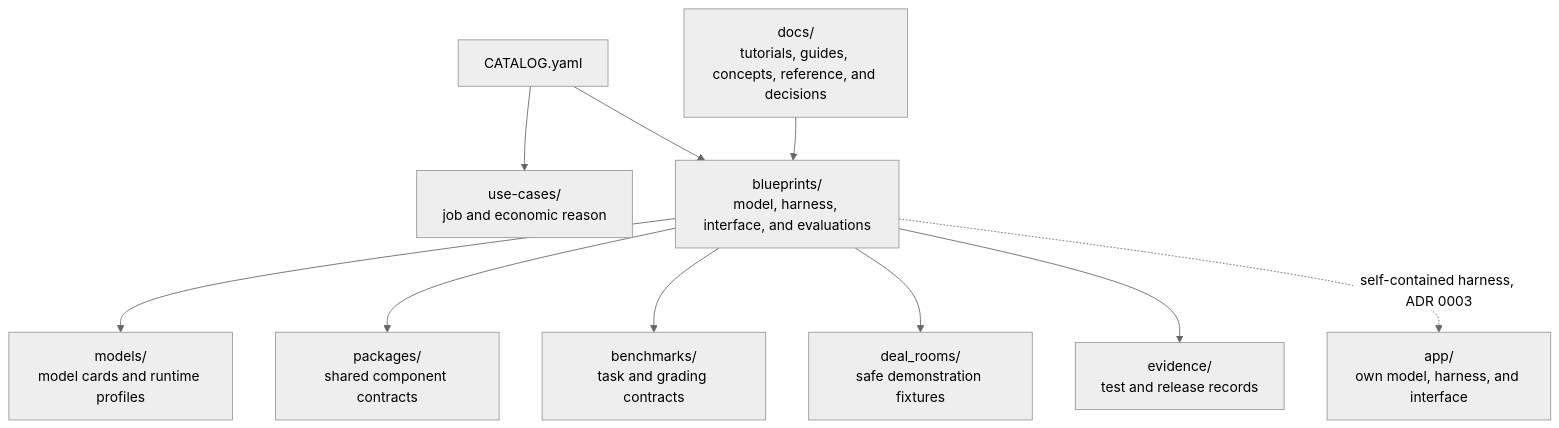
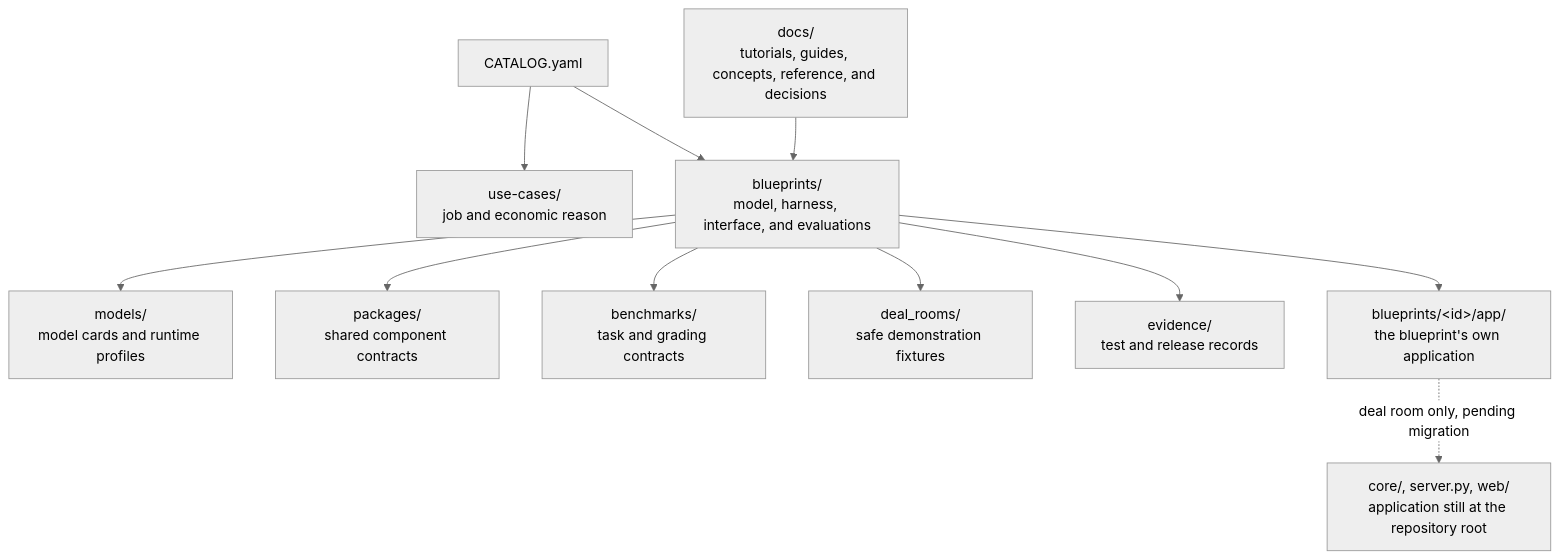
Before and after one commit to ChaiWithJai/hybrid-ai-blueprints: the fifth of 5 diagrams in docs/architecture/README.md, drawn with Mermaid (neutral theme). The commit also changed other lines of this file and 4 other files, not shown here.

````diff
--- a/docs/architecture/README.md
+++ b/docs/architecture/README.md
@@ -133,12 +135,13 @@
 ```mermaid
 flowchart TB
     Catalog["CATALOG.yaml"] --> UseCase["use-cases/<br/>job and economic reason"]
     Catalog --> Blueprint["blueprints/<br/>model, harness, interface, and evaluations"]
     Blueprint --> Models["models/<br/>model cards and runtime profiles"]
     Blueprint --> Packages["packages/<br/>shared component contracts"]
     Blueprint --> Benchmarks["benchmarks/<br/>task and grading contracts"]
     Blueprint --> Demo["deal_rooms/<br/>safe demonstration fixtures"]
     Blueprint --> Evidence["evidence/<br/>test and release records"]
-    Blueprint -.->|self-contained harness, ADR 0003| SelfApp["app/<br/>own model, harness, and interface"]
+    Blueprint --> App["blueprints/&lt;id&gt;/app/<br/>the blueprint's own application"]
+    App -.->|deal room only, pending migration| Root["core/, server.py, web/<br/>application still at the repository root"]
     Docs["docs/<br/>tutorials, guides, concepts, reference, and decisions"] --> Blueprint
 ```
````
